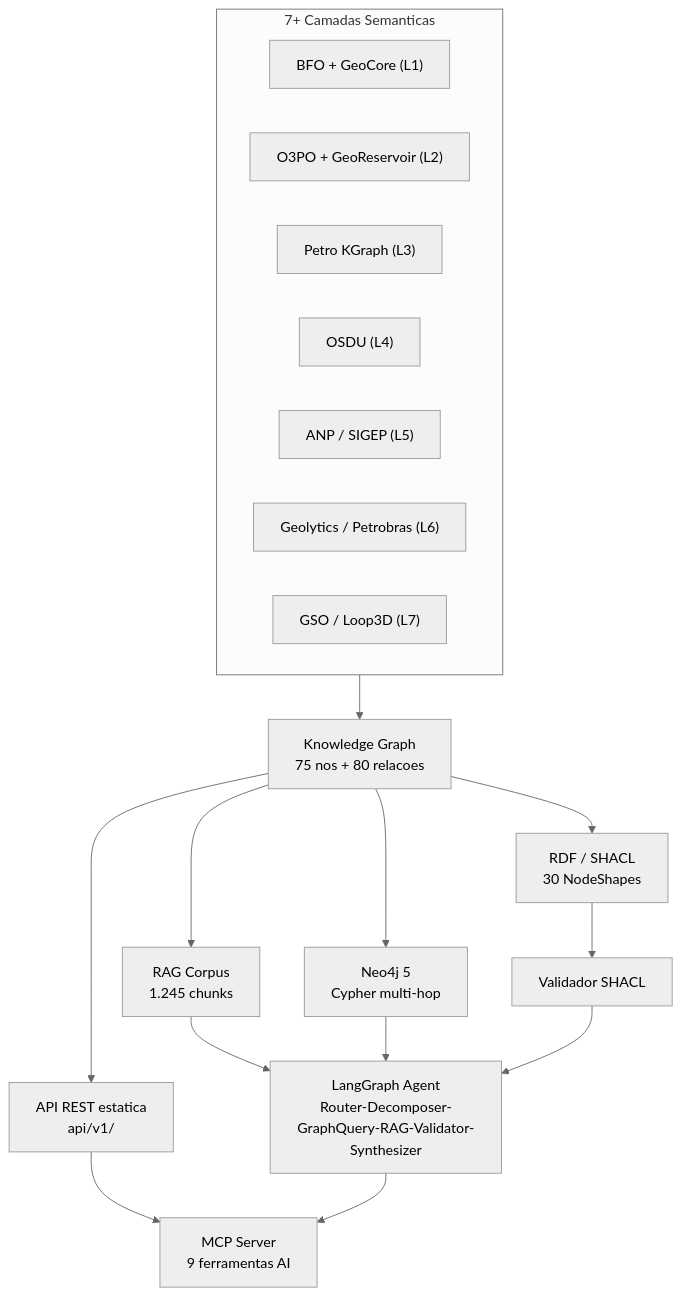
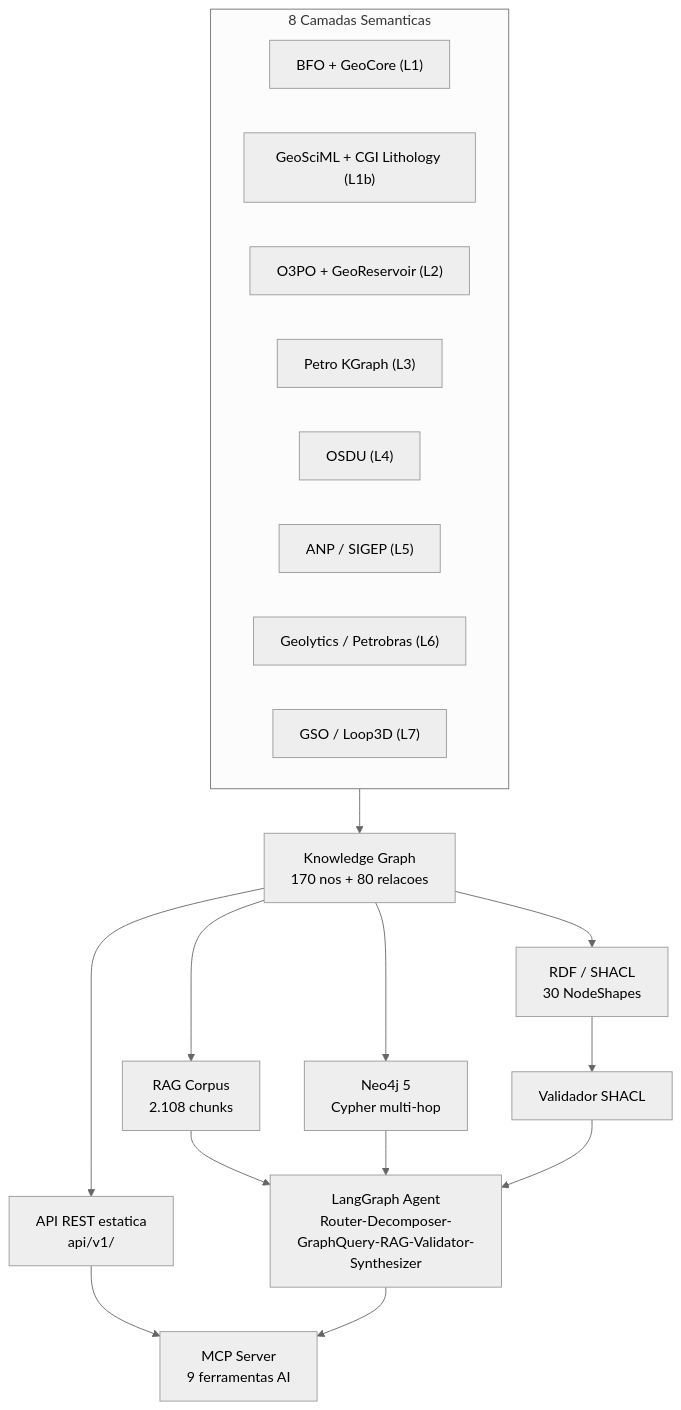
One commit to thiagoflc/geolytics-dictionary changed the diagram in README.md. Above: the diagram before and after it, drawn with Mermaid (neutral theme). The commit also changed other lines of this file, not shown here.

````diff
--- a/README.md
+++ b/README.md
@@ -25,26 +25,27 @@
 ```mermaid
 graph TD
-    subgraph Fontes["7+ Camadas Semanticas"]
+    subgraph Fontes["8 Camadas Semanticas"]
         L1["BFO + GeoCore (L1)"]
+        L1B["GeoSciML + CGI Lithology (L1b)"]
         L2["O3PO + GeoReservoir (L2)"]
         L3["Petro KGraph (L3)"]
         L4["OSDU (L4)"]
         L5["ANP / SIGEP (L5)"]
         L6["Geolytics / Petrobras (L6)"]
         L7["GSO / Loop3D (L7)"]
     end
 
-    Fontes --> KG["Knowledge Graph<br/>75 nos + 80 relacoes"]
+    Fontes --> KG["Knowledge Graph<br/>170 nos + 80 relacoes"]
 
     KG --> API["API REST estatica<br/>api/v1/"]
-    KG --> RAG["RAG Corpus<br/>1.245 chunks"]
+    KG --> RAG["RAG Corpus<br/>2.108 chunks"]
     KG --> NEO["Neo4j 5<br/>Cypher multi-hop"]
     KG --> TTL["RDF / SHACL<br/>30 NodeShapes"]
 
     API --> MCP["MCP Server<br/>9 ferramentas AI"]
     RAG --> AGENT["LangGraph Agent<br/>Router-Decomposer-GraphQuery-RAG-Validator-Synthesizer"]
     NEO --> AGENT
     TTL --> SHACL["Validador SHACL"]
     SHACL --> AGENT
     AGENT --> MCP
 ```
````
